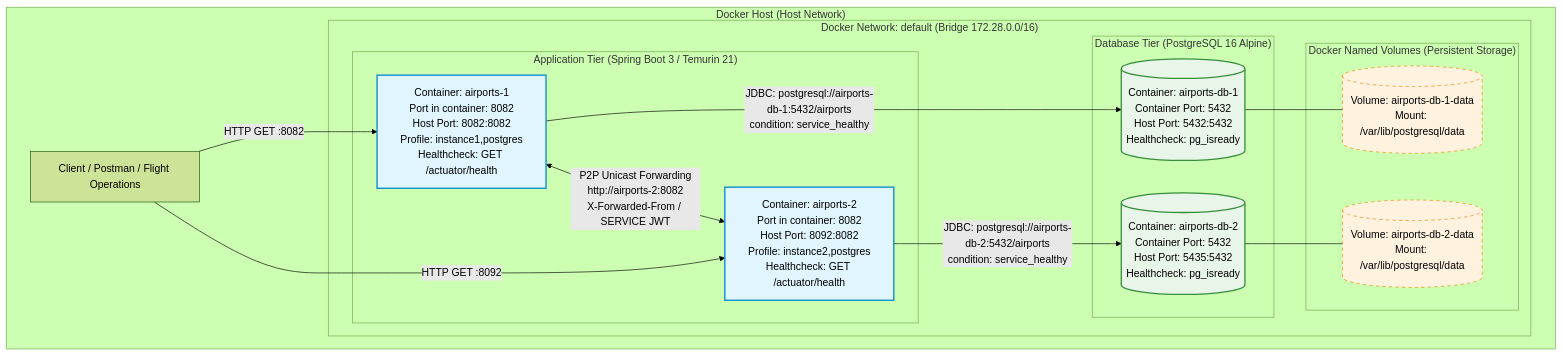
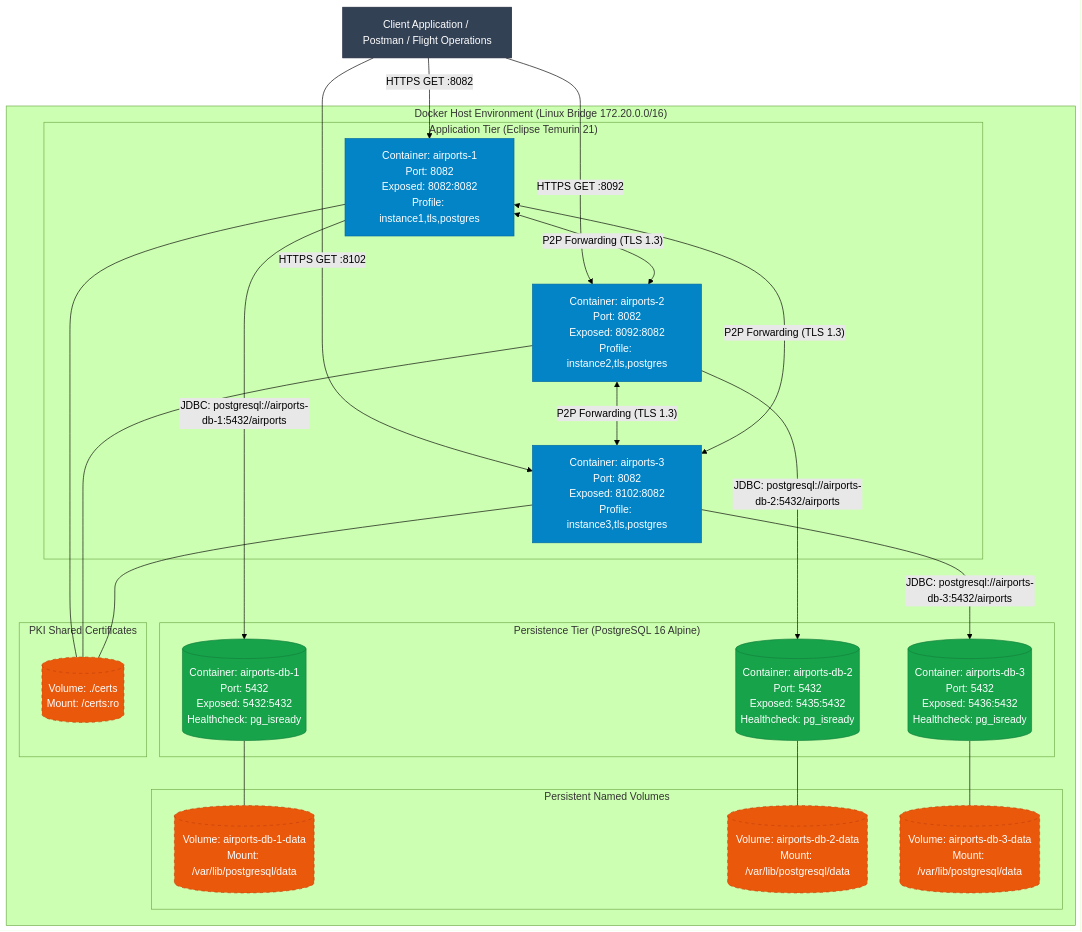
One commit to ImJay1527/airports-routes-service changed the sixth of 6 diagrams in docs/architecture.md. Above: the diagram before and after it, drawn with Mermaid (forest theme). The commit also changed other lines of this file and 5 other files, not shown here.

Commit message:
docs: align architecture, C4+1 model, and service contracts with peer services

````diff
--- a/docs/architecture.md
+++ b/docs/architecture.md
@@ -325,42 +350,54 @@
 ```mermaid
-%% C4 Deployment View: Standalone airports-routes Docker Compose Deployment
+%% C4 Level 4 - Deployment Diagram
 flowchart TB
-    subgraph Host["Docker Host (Host Network)"]
-        client["Client / Postman / Flight Operations"]
+    classDef client fill:#334155,stroke:#1e293b,color:#fff;
+    classDef app fill:#0284c7,stroke:#0369a1,color:#fff;
+    classDef db fill:#16a34a,stroke:#15803d,color:#fff;
+    classDef vol fill:#ea580c,stroke:#c2410c,color:#fff,stroke-dasharray: 5 5;
 
-        subgraph DockerBridge["Docker Network: default (Bridge 172.28.0.0/16)"]
-            subgraph ServiceCluster["Application Tier (Spring Boot 3 / Temurin 21)"]
-                ar1["Container: airports-1<br/>Port in container: 8082<br/>Host Port: 8082:8082<br/>Profile: instance1,postgres<br/>Healthcheck: GET /actuator/health"]
-                ar2["Container: airports-2<br/>Port in container: 8082<br/>Host Port: 8092:8082<br/>Profile: instance2,postgres<br/>Healthcheck: GET /actuator/health"]
-            end
+    clientNode["Client Application / Postman / Flight Operations"]:::client
 
-            subgraph DatabaseTier["Database Tier (PostgreSQL 16 Alpine)"]
-                db1[("Container: airports-db-1<br/>Container Port: 5432<br/>Host Port: 5432:5432<br/>Healthcheck: pg_isready")]
-                db2[("Container: airports-db-2<br/>Container Port: 5432<br/>Host Port: 5435:5432<br/>Healthcheck: pg_isready")]
-            end
+    subgraph DockerHost["Docker Host Environment (Linux Bridge 172.20.0.0/16)"]
+        subgraph AppCluster["Application Tier (Eclipse Temurin 21)"]
+            inst1["Container: airports-1<br/>Port: 8082<br/>Exposed: 8082:8082<br/>Profile: instance1,tls,postgres"]:::app
+            inst2["Container: airports-2<br/>Port: 8082<br/>Exposed: 8092:8082<br/>Profile: instance2,tls,postgres"]:::app
+            inst3["Container: airports-3<br/>Port: 8082<br/>Exposed: 8102:8082<br/>Profile: instance3,tls,postgres"]:::app
+        end
 
-            subgraph Volumes["Docker Named Volumes (Persistent Storage)"]
-                vol1[("Volume: airports-db-1-data<br/>Mount: /var/lib/postgresql/data")]
-                vol2[("Volume: airports-db-2-data<br/>Mount: /var/lib/postgresql/data")]
-            end
+        subgraph DBCluster["Persistence Tier (PostgreSQL 16 Alpine)"]
+            db1[("Container: airports-db-1<br/>Port: 5432<br/>Exposed: 5432:5432<br/>Healthcheck: pg_isready")]:::db
+            db2[("Container: airports-db-2<br/>Port: 5432<br/>Exposed: 5435:5432<br/>Healthcheck: pg_isready")]:::db
+            db3[("Container: airports-db-3<br/>Port: 5432<br/>Exposed: 5436:5432<br/>Healthcheck: pg_isready")]:::db
+        end
+
+        subgraph VolumeTier["Persistent Named Volumes"]
+            v1[("Volume: airports-db-1-data<br/>Mount: /var/lib/postgresql/data")]:::vol
+            v2[("Volume: airports-db-2-data<br/>Mount: /var/lib/postgresql/data")]:::vol
+            v3[("Volume: airports-db-3-data<br/>Mount: /var/lib/postgresql/data")]:::vol
+        end
+
+        subgraph CertsVolume["PKI Shared Certificates"]
+            vc[("Volume: ./certs<br/>Mount: /certs:ro")]:::vol
         end
     end
 
-    client -->|"HTTP GET :8082"| ar1
-    client -->|"HTTP GET :8092"| ar2
+    clientNode -->|"HTTPS GET :8082"| inst1
+    clientNode -->|"HTTPS GET :8092"| inst2
+    clientNode -->|"HTTPS GET :8102"| inst3
 
-    ar1 <-->|"P2P Unicast Forwarding<br/>http://airports-2:8082<br/>X-Forwarded-From / SERVICE JWT"| ar2
+    inst1 <-->|"P2P Forwarding (TLS 1.3)"| inst2
+    inst2 <-->|"P2P Forwarding (TLS 1.3)"| inst3
+    inst1 <-->|"P2P Forwarding (TLS 1.3)"| inst3
 
-    ar1 -->|"JDBC: postgresql://airports-db-1:5432/airports<br/>condition: service_healthy"| db1
-    ar2 -->|"JDBC: postgresql://airports-db-2:5432/airports<br/>condition: service_healthy"| db2
+    inst1 -->|"JDBC: postgresql://airports-db-1:5432/airports"| db1
+    inst2 -->|"JDBC: postgresql://airports-db-2:5432/airports"| db2
+    inst3 -->|"JDBC: postgresql://airports-db-3:5432/airports"| db3
 
-    db1 --- vol1
-    db2 --- vol2
+    db1 --- v1
+    db2 --- v2
+    db3 --- v3
 
-    classDef app fill:#e1f5fe,stroke:#0288d1,stroke-width:2px;
-    classDef db fill:#e8f5e9,stroke:#388e3c,stroke-width:2px;
-    classDef vol fill:#fff3e0,stroke:#f57c00,stroke-width:1px,stroke-dasharray: 5 5;
-    class ar1,ar2 app;
-    class db1,db2 db;
-    class vol1,vol2 vol;
+    inst1 --- vc
+    inst2 --- vc
+    inst3 --- vc
 ```
````
